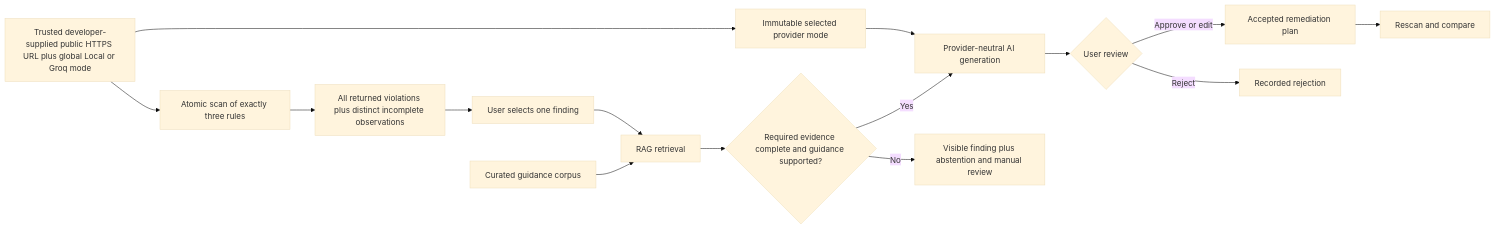
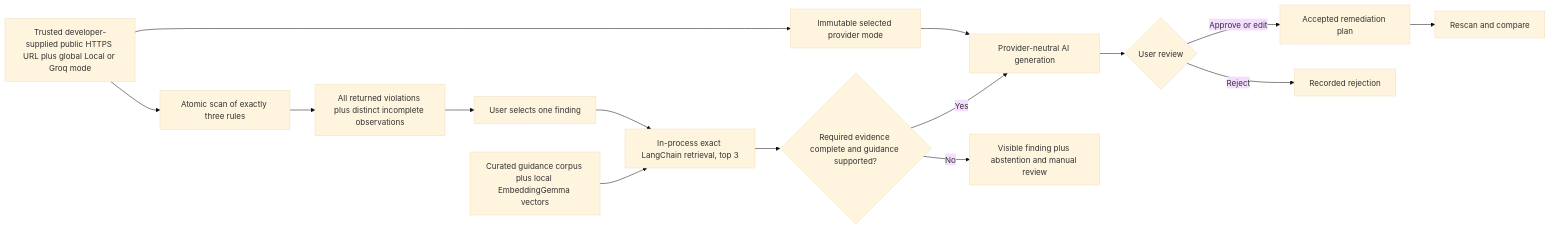
One commit to mmjosedaniel/a11y-evidence-lab changed the diagram in docs/PROJECT_CONCEPT.md. Above: the diagram before and after it, drawn with Mermaid (base theme). The commit also changed other lines of this file and 52 other files, not shown here.

Commit message:
docs: refine local MVP architecture decisions

````diff
--- a/docs/PROJECT_CONCEPT.md
+++ b/docs/PROJECT_CONCEPT.md
@@ -19,17 +19,17 @@
 ```mermaid
 flowchart LR
     A[Trusted developer-supplied public HTTPS URL plus global Local or Groq mode] --> B[Atomic scan of exactly three rules]
     B --> C[All returned violations plus distinct incomplete observations]
     C --> O[User selects one finding]
-    D[Curated guidance corpus] --> E[RAG retrieval]
+    D[Curated guidance corpus plus local EmbeddingGemma vectors] --> E[In-process exact LangChain retrieval, top 3]
     O --> E
     E --> M{Required evidence complete and guidance supported?}
     M -->|Yes| F[Provider-neutral AI generation]
     M -->|No| N[Visible finding plus abstention and manual review]
     A --> P[Immutable selected provider mode]
     P --> F
     F --> G{User review}
     G -->|Approve or edit| H[Accepted remediation plan]
     G -->|Reject| I[Recorded rejection]
     H --> J[Rescan and compare]
 ```
````
